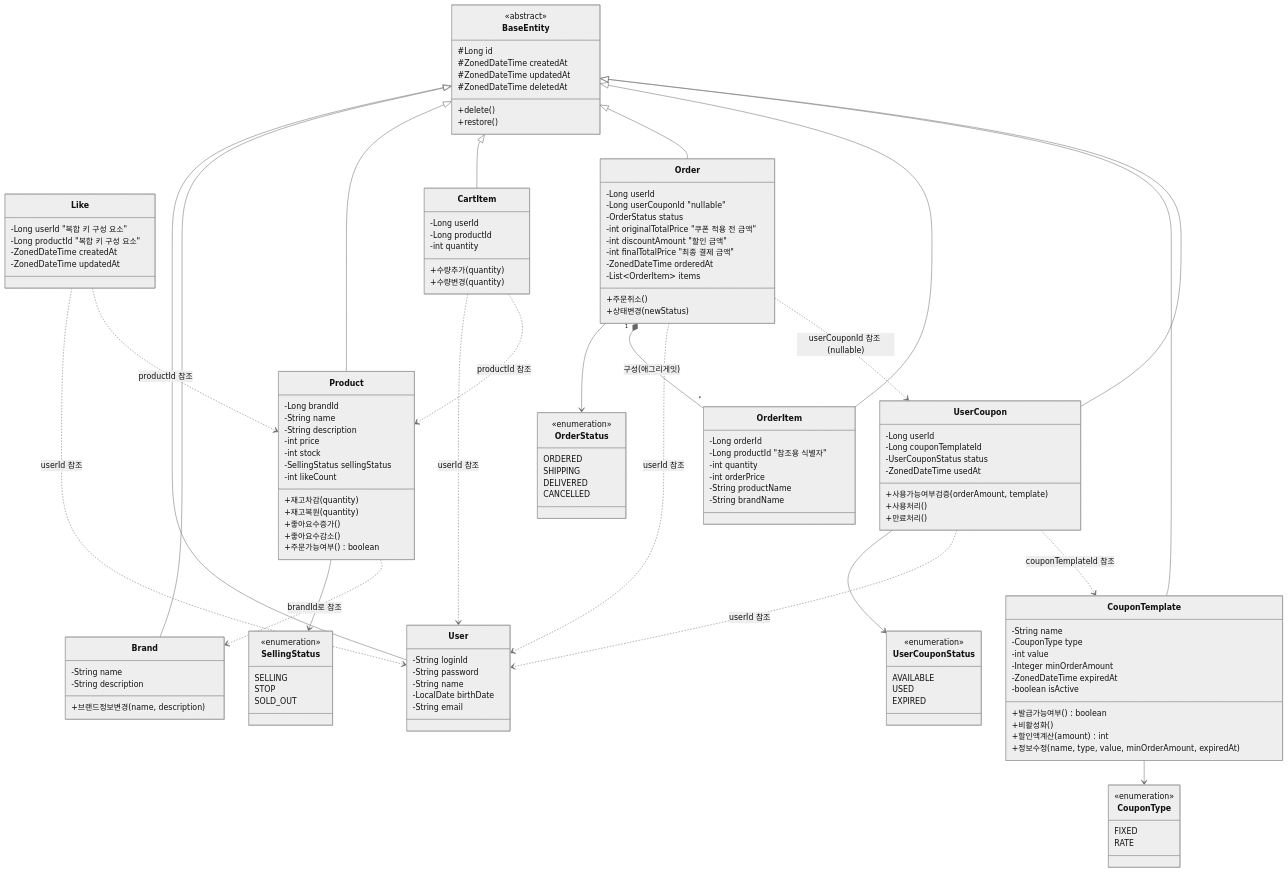
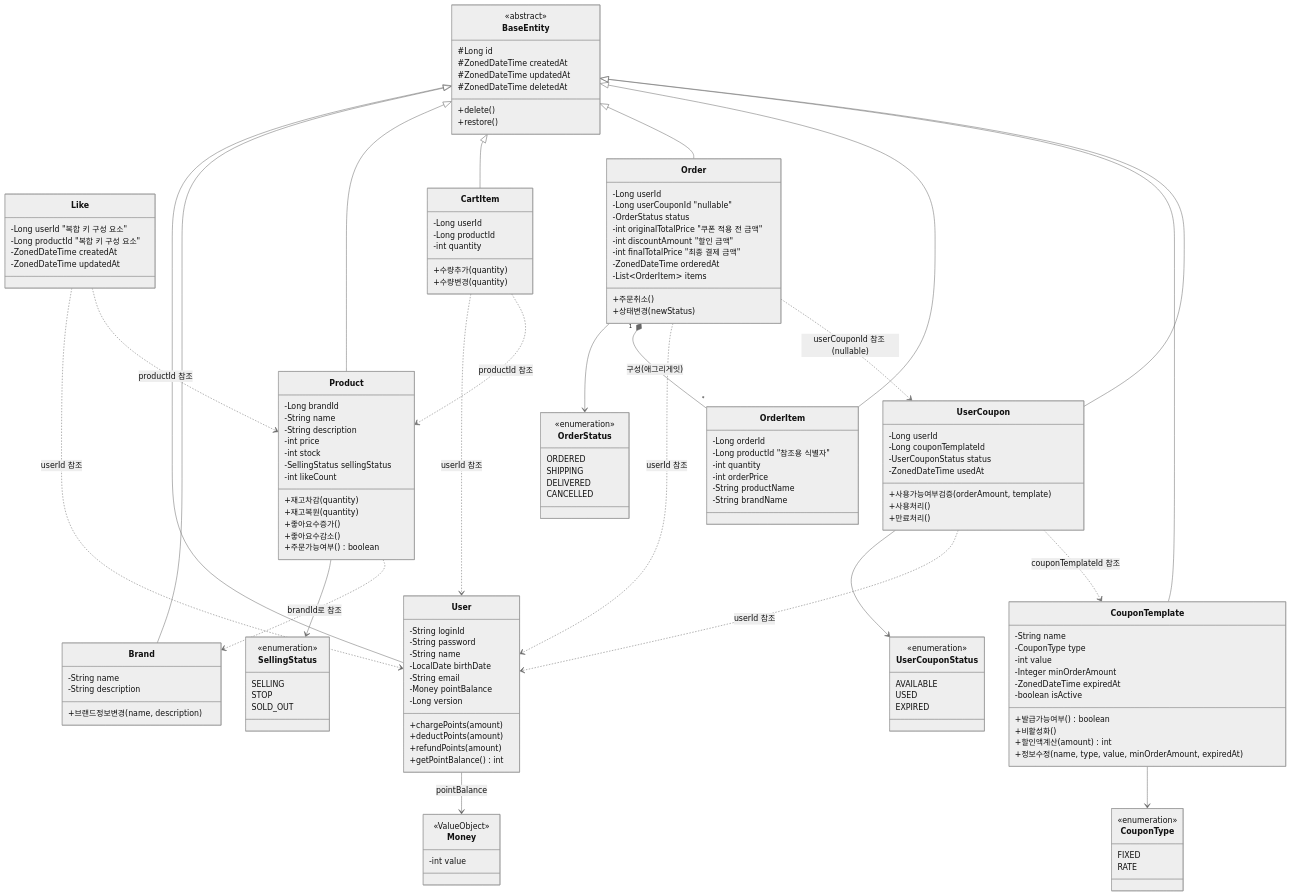
One commit to najang/loop-pack-be-l2-vol3-java changed the diagram in docs/design/03-class-diagram.md. Above: the diagram before and after it, drawn with Mermaid (neutral theme). The commit also changed other lines of this file and 4 other files, not shown here.

````diff
--- a/docs/design/03-class-diagram.md
+++ b/docs/design/03-class-diagram.md
@@ -25,6 +25,17 @@
     -String name
     -LocalDate birthDate
     -String email
+    -Money pointBalance
+    -Long version
+    +chargePoints(amount)
+    +deductPoints(amount)
+    +refundPoints(amount)
+    +getPointBalance() int
+  }
+
+  class Money {
+    <<ValueObject>>
+    -int value
   }
 
   class Brand {
@@ -176,4 +187,8 @@
   %% 브랜드 삭제 UseCase → Product.삭제() 연쇄 호출
   %% 주문 생성 UseCase → CartItem 삭제 (별도 트랜잭션, 실패해도 주문 유효)
   %% 주문 생성 UseCase → CouponService.validateAndUse() 호출 (동일 트랜잭션, 쿠폰 있을 때만)
+  %% 주문 생성 UseCase → UserService.deductPoints() 호출 (동일 트랜잭션)
+  %% 주문 취소 UseCase → UserService.refundPoints() 호출 (동일 트랜잭션)
+
+  User --> Money : pointBalance
 ```
````
